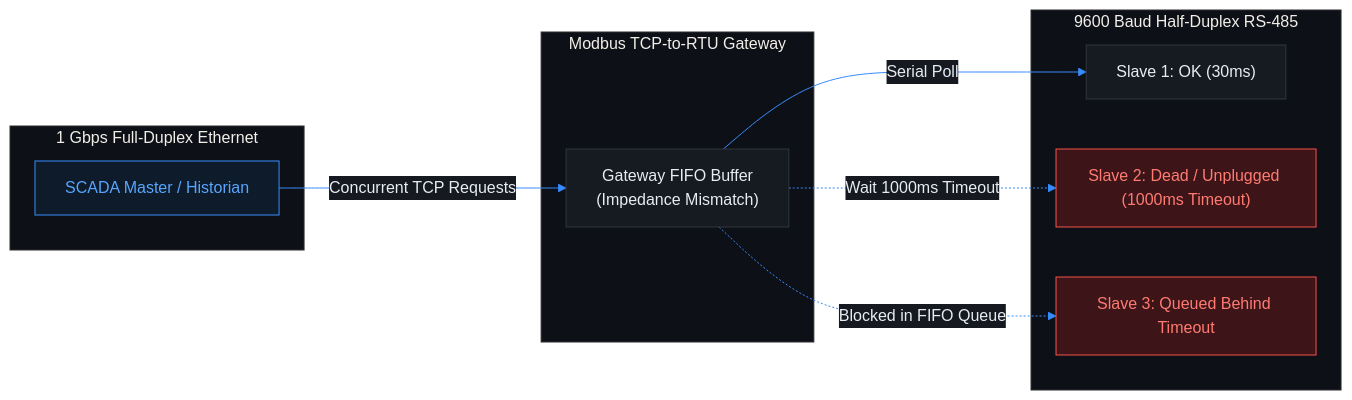
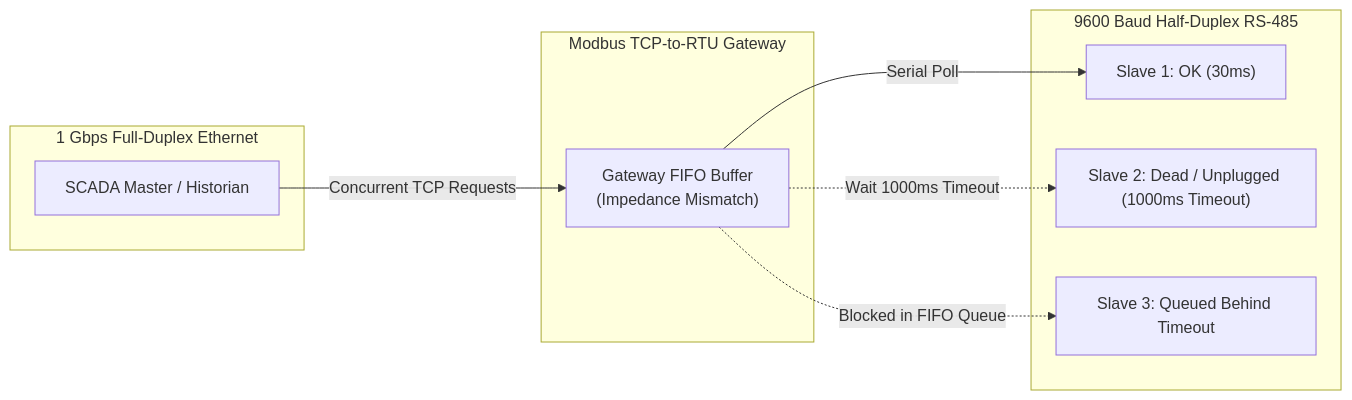
One commit to Novav20/The-Meridian-Grid changed the third of 4 diagrams in docs/00-Domain-Mastery/lessons/02-Modbus-TCP-Mechanics.md. Above: the diagram before and after it, drawn with Mermaid. The commit also changed other lines of this file and 15 other files, not shown here.

Commit message:
Clean up Mermaid lesson diagrams

````diff
--- a/docs/00-Domain-Mastery/lessons/02-Modbus-TCP-Mechanics.md
+++ b/docs/00-Domain-Mastery/lessons/02-Modbus-TCP-Mechanics.md
@@ -402,41 +356,22 @@
 ```mermaid
-%%{init: {
-  'theme': 'base',
-  'themeVariables': {
-    'darkMode': true,
-    'primaryColor': '#1E222B',
-    'primaryTextColor': '#E6EDF3',
-    'primaryBorderColor': '#388BFD',
-    'lineColor': '#388BFD',
-    'secondaryColor': '#16191F',
-    'tertiaryColor': '#0D1117',
-    'edgeLabelBackground': '#16191F'
-  },
-  'themeCSS': '.edgeLabel { color: #E6EDF3 !important; } .edgeLabel rect { fill: #16191F !important; } .label { color: #E6EDF3 !important; } .cluster-label span { color: #E6EDF3 !important; }'
-}}%%
 flowchart LR
     subgraph EthernetLAN ["1 Gbps Full-Duplex Ethernet"]
         SCADA["SCADA Master / Historian"]
     end
 
     subgraph GatewayNode ["Modbus TCP-to-RTU Gateway"]
         FIFO["Gateway FIFO Buffer<br/>(Impedance Mismatch)"]
     end
 
     subgraph SerialBus ["9600 Baud Half-Duplex RS-485"]
         S1["Slave 1: OK (30ms)"]
         S2["Slave 2: Dead / Unplugged (1000ms Timeout)"]
         S3["Slave 3: Queued Behind Timeout"]
     end
 
     SCADA -->|Concurrent TCP Requests| FIFO
     FIFO -->|Serial Poll| S1
     FIFO -.->|Wait 1000ms Timeout| S2
     FIFO -.->|Blocked in FIFO Queue| S3
 
-    classDef default fill:#161b22,stroke:#30363d,color:#e6edf3;
-    classDef highlight fill:#0d1b2a,stroke:#388bfd,color:#58a6ff;
-    classDef alert fill:#3d1519,stroke:#f85149,color:#ff7b72;
-    class SCADA highlight;
-    class S2,S3 alert;
 ```
````
